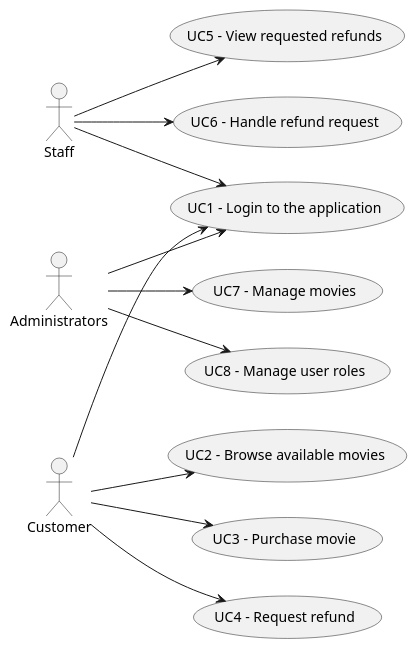
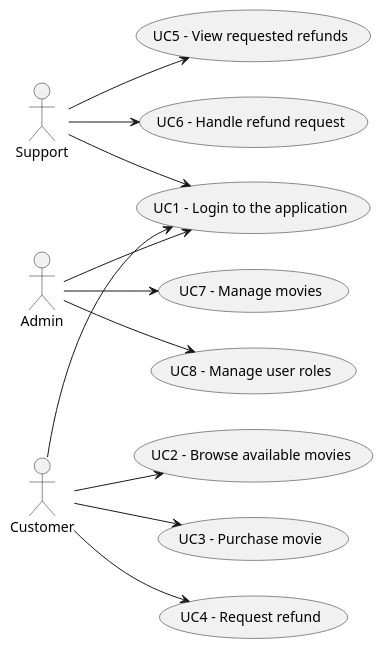
Before and after one commit to mei-desofs/desofs2026-wed_nap_1-1: the diagram in Deliverables/Phase1/DomainAnalysisAndRequirements/Diagrams/Use_Cases.puml, drawn with PlantUML.

Commit message:
* fix Actors

```diff
--- a/Deliverables/Phase1/DomainAnalysisAndRequirements/Diagrams/Use_Cases.puml
+++ b/Deliverables/Phase1/DomainAnalysisAndRequirements/Diagrams/Use_Cases.puml
@@ -1,35 +1,35 @@
 @startuml
 left to right direction
 
 ' === Actors ===
 actor Customer
-actor Staff
-actor Administrators
+actor Support
+actor Admin
 
 ' === Use Cases ===
 usecase "UC1 - Login to the application" as UC1
 usecase "UC2 - Browse available movies" as UC2
 usecase "UC3 - Purchase movie" as UC3
 usecase "UC4 - Request refund" as UC4
 usecase "UC5 - View requested refunds" as UC5
 usecase "UC6 - Handle refund request" as UC6
 usecase "UC7 - Manage movies" as UC7
 usecase "UC8 - Manage user roles" as UC8
 
 ' === Customer relations ===
 Customer --> UC1
 Customer --> UC2
 Customer --> UC3
 Customer --> UC4
 
 ' === Refund flow ===
-Staff --> UC1
-Staff --> UC5
-Staff --> UC6
+Support --> UC1
+Support --> UC5
+Support --> UC6
 
-' === Administrators relations ===
-Administrators --> UC1
-Administrators --> UC7
-Administrators --> UC8
+' === Admin relations ===
+Admin --> UC1
+Admin --> UC7
+Admin --> UC8
 
 @enduml
```
